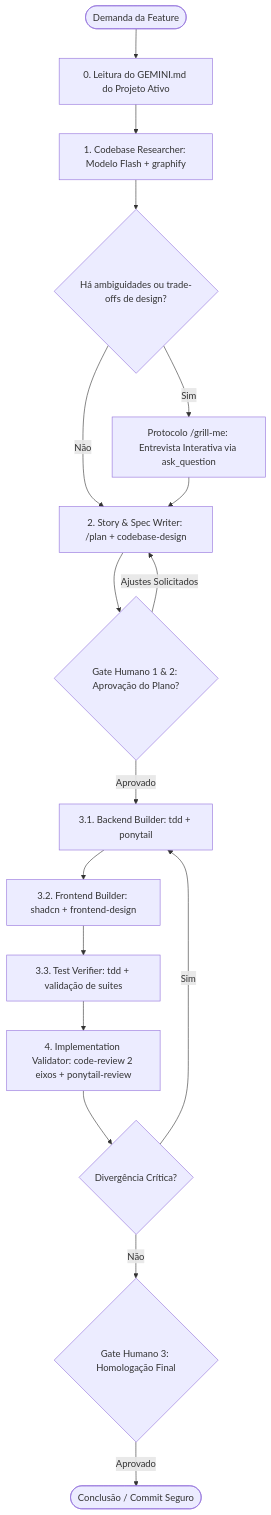
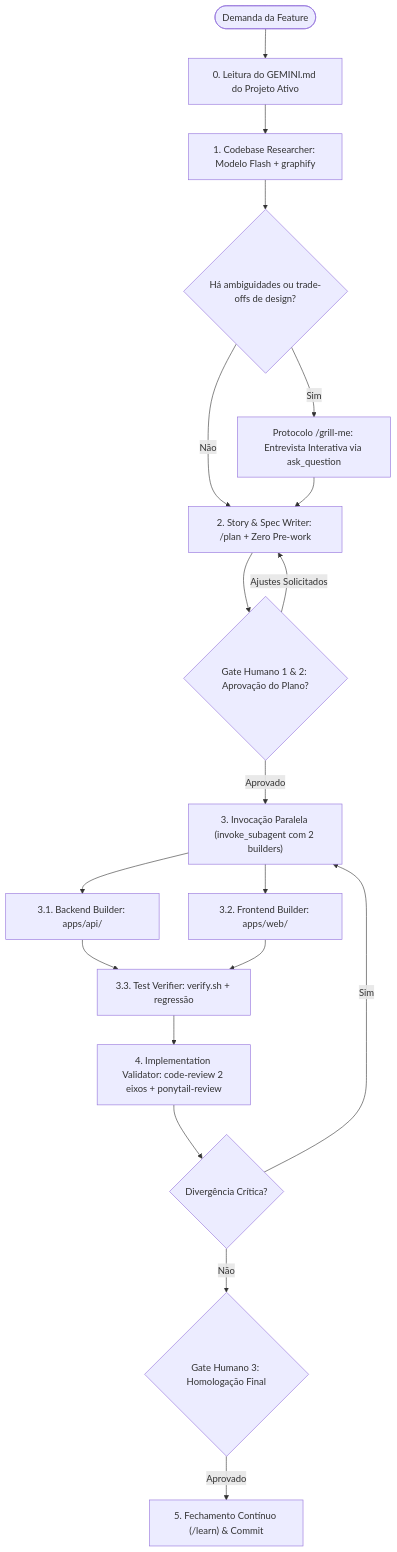
Before and after one commit to luis-henrique-carvalho/tiktok-gamer-lives: the diagram in .agents/skills/feature-factory/SKILL.md, drawn with Mermaid. The commit also changed other lines of this file and 2 other files, not shown here.

Commit message:
chore(governance): enforce boost pattern, smart parallelism, and mandatory /learn closing

````diff
--- a/.agents/skills/feature-factory/SKILL.md
+++ b/.agents/skills/feature-factory/SKILL.md
@@ -50,23 +53,26 @@
 ```mermaid
 flowchart TD
     START([Demanda da Feature]) --> FASE0[0. Leitura do GEMINI.md do Projeto Ativo]
     FASE0 --> FASE1[1. Codebase Researcher: Modelo Flash + graphify]
     FASE1 --> DECISAO_CHECK{Há ambiguidades ou trade-offs de design?}
     
     DECISAO_CHECK -- "Sim" --> GRILL_ME[Protocolo /grill-me: Entrevista Interativa via ask_question]
-    DECISAO_CHECK -- "Não" --> FASE2[2. Story & Spec Writer: /plan + codebase-design]
+    DECISAO_CHECK -- "Não" --> FASE2[2. Story & Spec Writer: /plan + Zero Pre-work]
     GRILL_ME --> FASE2
     
     FASE2 --> GATE1{Gate Humano 1 & 2: Aprovação do Plano?}
     GATE1 -- "Ajustes Solicitados" --> FASE2
-    GATE1 -- "Aprovado" --> FASE3_BE[3.1. Backend Builder: tdd + ponytail]
+    GATE1 -- "Aprovado" --> FASE3_PARALLEL["3. Invocação Paralela (invoke_subagent com 2 builders)"]
     
-    FASE3_BE --> FASE3_FE[3.2. Frontend Builder: shadcn + frontend-design]
-    FASE3_FE --> FASE3_TEST[3.3. Test Verifier: tdd + validação de suites]
+    FASE3_PARALLEL --> FASE3_BE[3.1. Backend Builder: apps/api/]
+    FASE3_PARALLEL --> FASE3_FE[3.2. Frontend Builder: apps/web/]
+    
+    FASE3_BE --> FASE3_TEST[3.3. Test Verifier: verify.sh + regressão]
+    FASE3_FE --> FASE3_TEST
     
     FASE3_TEST --> FASE4[4. Implementation Validator: code-review 2 eixos + ponytail-review]
     FASE4 --> CHECK_FAIL{Divergência Crítica?}
-    CHECK_FAIL -- "Sim" --> FASE3_BE
+    CHECK_FAIL -- "Sim" --> FASE3_PARALLEL
     CHECK_FAIL -- "Não" --> GATE3{Gate Humano 3: Homologação Final}
-    GATE3 -- "Aprovado" --> COMMIT([Conclusão / Commit Seguro])
+    GATE3 -- "Aprovado" --> FASE5["5. Fechamento Contínuo (/learn) & Commit"]
 ```
````
